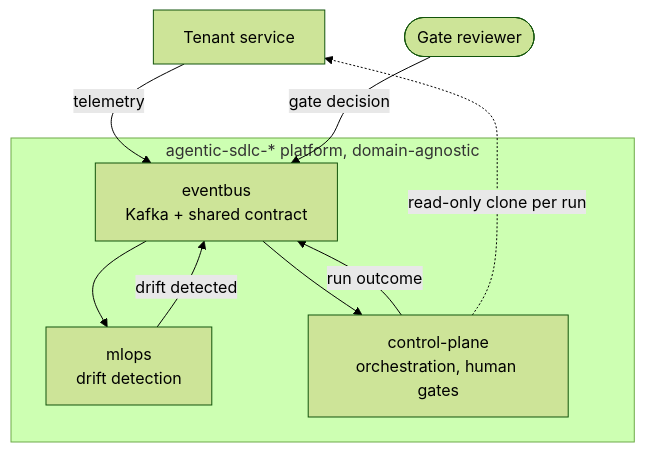
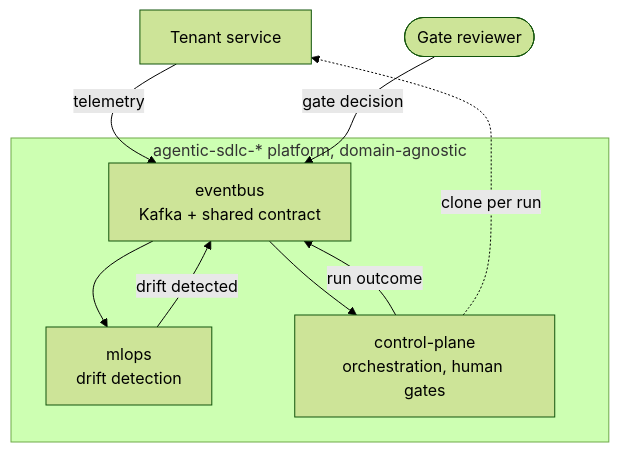
Before and after one commit to jayakumar-devaraj/jayakumar-devaraj.github.io: the diagram in work/agentic-sdlc-platform.md, drawn with Mermaid (forest theme). The commit also changed other lines of this file, not shown here.

````diff
--- a/work/agentic-sdlc-platform.md
+++ b/work/agentic-sdlc-platform.md
@@ -15,17 +15,17 @@
 ```mermaid
 flowchart TB
     TENANT["Tenant service"]
     HUMAN(["Gate reviewer"])
     subgraph platform["agentic-sdlc-* platform, domain-agnostic"]
         EB["eventbus<br/>Kafka + shared contract"]
         MLOPS["mlops<br/>drift detection"]
         CP["control-plane<br/>orchestration, human gates"]
     end
     TENANT -->|telemetry| EB
     EB --> MLOPS
     MLOPS -->|drift detected| EB
     EB --> CP
     CP -->|run outcome| EB
     HUMAN -->|gate decision| EB
-    CP -.->|"read-only clone per run"| TENANT
+    CP -.->|"clone per run"| TENANT
 ```
````
